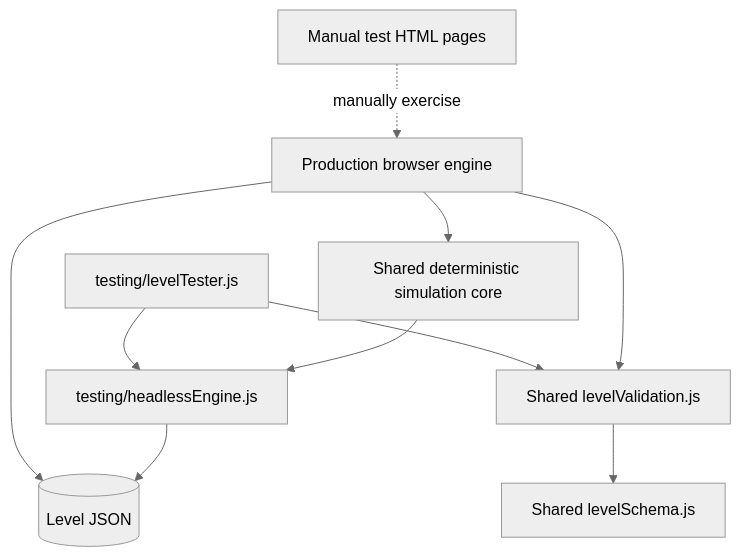
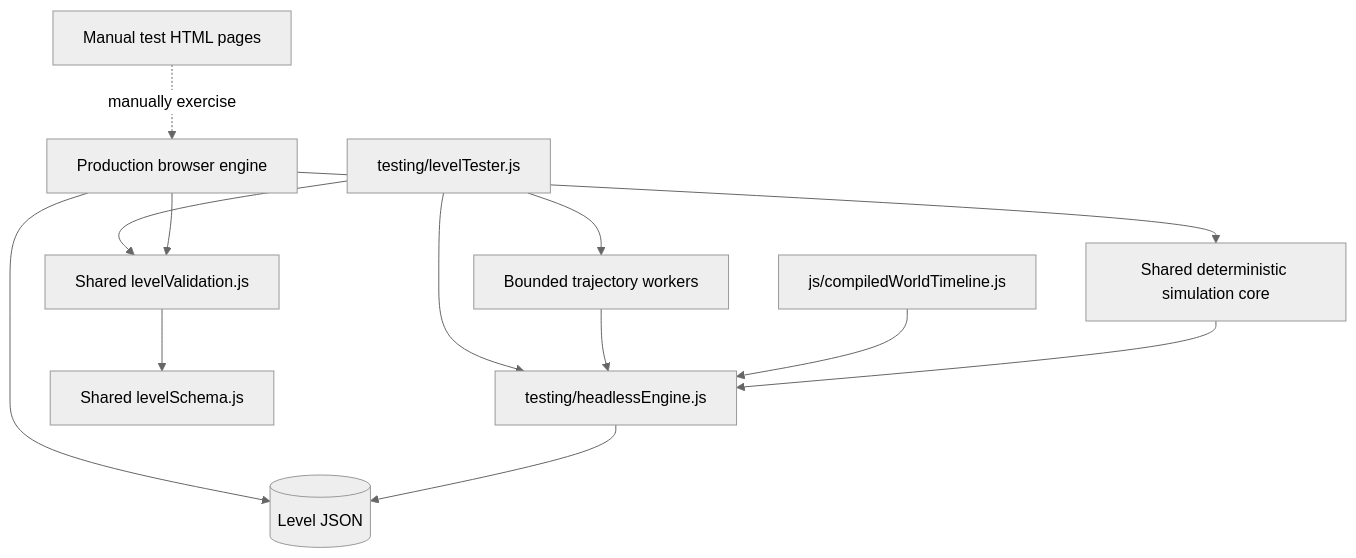
Diagram 15 of 15 in ARCHITECTURE.md (Newah1/SpacedPenguin), drawn with Mermaid (neutral theme) before and after one commit. The commit also changed other lines of this file and 14 other files, not shown here.

Commit message:
Cached timeline for world for headless and doc update

````diff
--- a/ARCHITECTURE.md
+++ b/ARCHITECTURE.md
@@ -602,18 +610,23 @@
 ```mermaid
 flowchart TB
     Production[Production browser engine]
     BrowserTests[Manual test HTML pages]
     Headless[testing/headlessEngine.js]
+    Timeline[js/compiledWorldTimeline.js]
+    Workers[Bounded trajectory workers]
     CLI[testing/levelTester.js]
     Levels[(Level JSON)]
 
     Production --> Levels
     BrowserTests -. manually exercise .-> Production
     CLI --> Headless
+    CLI --> Workers
+    Workers --> Headless
+    Timeline --> Headless
     CLI --> Validator[Shared levelValidation.js]
     Headless --> Levels
     Production --> Validator
     Validator --> Schema[Shared levelSchema.js]
     Production --> Core[Shared deterministic simulation core]
     Core --> Headless
 ```
````
